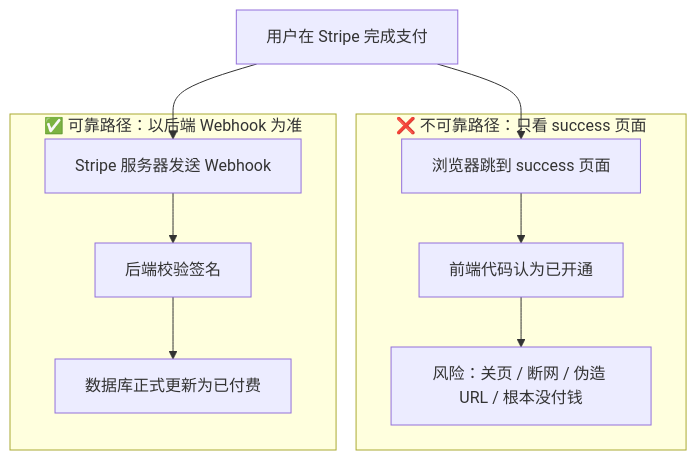
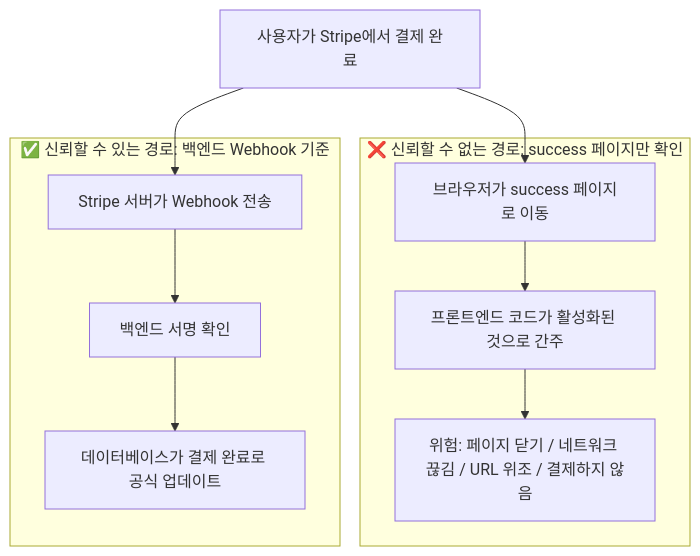
The third of 6 diagrams in docs/ko-kr/stage-2/backend/stripe-payment/index.md (sketchymonk/easy-vibe), drawn with Mermaid before and after one commit. The commit also changed other lines of this file and 59 other files, not shown here.

````diff
--- a/docs/ko-kr/stage-2/backend/stripe-payment/index.md
+++ b/docs/ko-kr/stage-2/backend/stripe-payment/index.md
@@ -519,21 +519,21 @@
 ```mermaid
 flowchart TB
-  pay["用户在 Stripe 完成支付"]
+  pay["사용자가 Stripe에서 결제 완료"]
 
-  subgraph unreliable["❌ 不可靠路径：只看 success 页面"]
-    success["浏览器跳到 success 页面"]
-    fake["前端代码认为已开通"]
-    risk["风险：关页 / 断网 / 伪造 URL / 根本没付钱"]
+  subgraph unreliable["❌ 신뢰할 수 없는 경로: success 페이지만 확인"]
+    success["브라우저가 success 페이지로 이동"]
+    fake["프론트엔드 코드가 활성화된 것으로 간주"]
+    risk["위험: 페이지 닫기 / 네트워크 끊김 / URL 위조 / 결제하지 않음"]
     success --> fake --> risk
   end
 
-  subgraph reliable["✅ 可靠路径：以后端 Webhook 为准"]
-    event["Stripe 服务器发送 Webhook"]
-    verify["后端校验签名"]
-    active["数据库正式更新为已付费"]
+  subgraph reliable["✅ 신뢰할 수 있는 경로: 백엔드 Webhook 기준"]
+    event["Stripe 서버가 Webhook 전송"]
+    verify["백엔드 서명 확인"]
+    active["데이터베이스가 결제 완료로 공식 업데이트"]
     event --> verify --> active
   end
 
   pay --> success
   pay --> event
 ```
````
